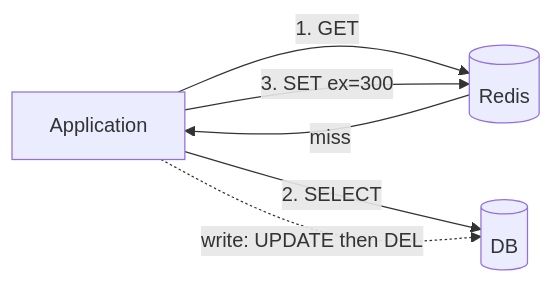
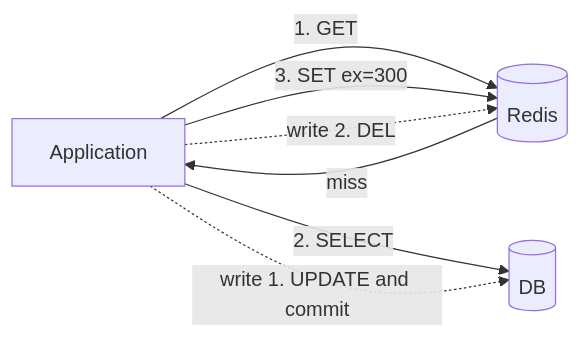
One commit to Alfex4936/alfex4936.github.io changed the second of 5 diagrams in blog/redis-cache-field-guide/en.md. Above: the diagram before and after it, drawn with Mermaid. The commit also changed other lines of this file and 39 other files, not shown here.

````diff
--- a/blog/redis-cache-field-guide/en.md
+++ b/blog/redis-cache-field-guide/en.md
@@ -42,8 +90,9 @@
 ```mermaid
 flowchart LR
   A[Application] -->|1. GET| C[(Redis)]
   C -->|miss| A
   A -->|2. SELECT| D[(DB)]
   A -->|3. SET ex=300| C
-  A -.->|write: UPDATE then DEL| D
+  A -.->|write 1. UPDATE and commit| D
+  A -.->|write 2. DEL| C
 ```
````
